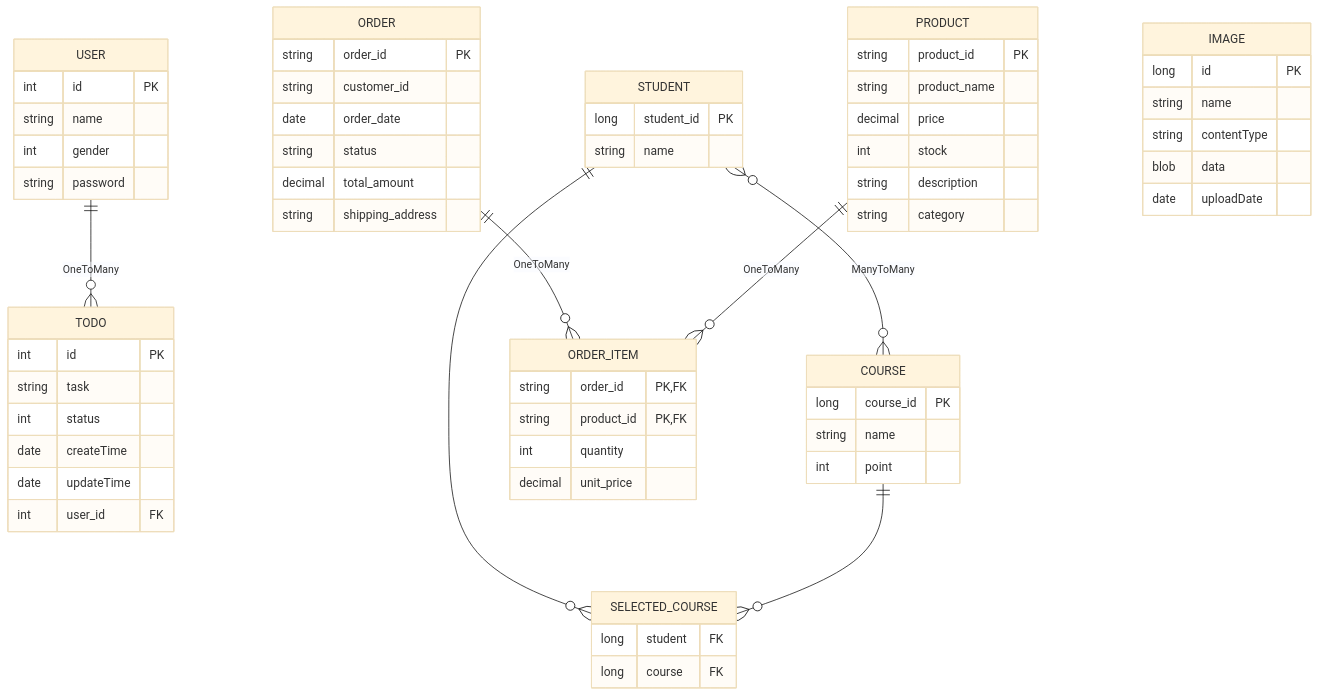
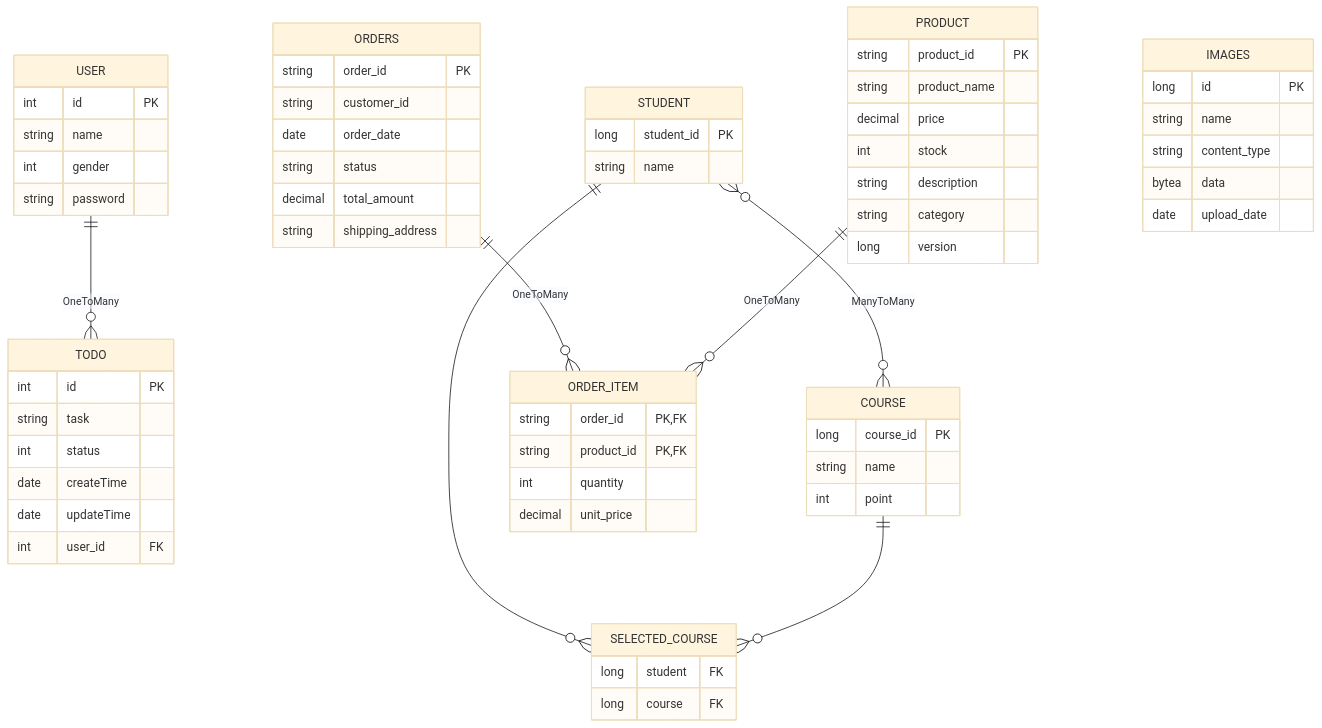
Before and after one commit to Jared73431/SpringTest: the first of 5 diagrams in Spring_JPA2/readme.md, drawn with Mermaid (base theme). The commit also changed other lines of this file and 2 other files, not shown here.

````diff
--- a/Spring_JPA2/readme.md
+++ b/Spring_JPA2/readme.md
@@ -68,74 +37,75 @@
 ```mermaid
 erDiagram
     USER {
         int id PK
         string name
         int gender
         string password
     }
-    
+
     TODO {
         int id PK
         string task
         int status
         date createTime
         date updateTime
         int user_id FK
     }
-    
+
     STUDENT {
         long student_id PK
         string name
     }
-    
+
     COURSE {
         long course_id PK
         string name
         int point
     }
-    
+
     SELECTED_COURSE {
         long student FK
         long course FK
     }
-    
-    ORDER {
+
+    ORDERS {
         string order_id PK
         string customer_id
         date order_date
         string status
         decimal total_amount
         string shipping_address
     }
-    
+
     PRODUCT {
         string product_id PK
         string product_name
         decimal price
         int stock
         string description
         string category
+        long version
     }
-    
+
     ORDER_ITEM {
         string order_id PK,FK
         string product_id PK,FK
         int quantity
         decimal unit_price
     }
-    
-    IMAGE {
+
+    IMAGES {
         long id PK
         string name
-        string contentType
-        blob data
-        date uploadDate
+        string content_type
+        bytea data
+        date upload_date
     }
-    
+
     USER ||--o{ TODO : "OneToMany"
     STUDENT }o--o{ COURSE : "ManyToMany"
     STUDENT ||--o{ SELECTED_COURSE : ""
     COURSE ||--o{ SELECTED_COURSE : ""
-    ORDER ||--o{ ORDER_ITEM : "OneToMany"
+    ORDERS ||--o{ ORDER_ITEM : "OneToMany"
     PRODUCT ||--o{ ORDER_ITEM : "OneToMany"
 ```
````
